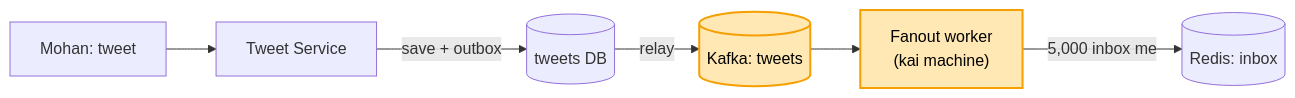
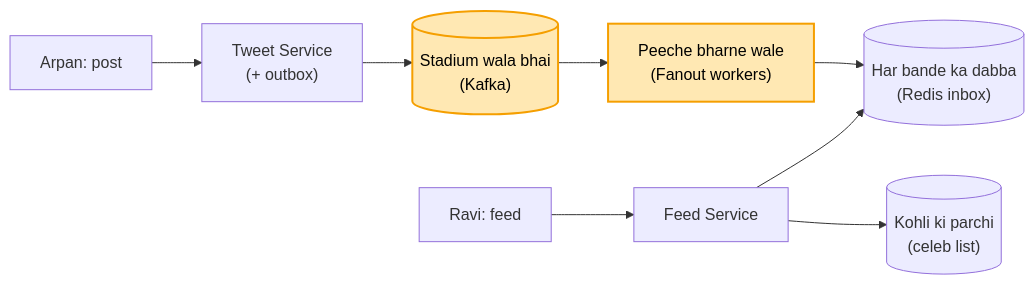
The first of 3 diagrams in 04_HLD/SYSTEM_DESIGNS/03_twitter_feed/03_twitter_feed.md (ArpanMaheshwari144/Prep), drawn with Mermaid before and after one commit. The commit also changed other lines of this file and 13 other files, not shown here.

````diff
--- a/04_HLD/SYSTEM_DESIGNS/03_twitter_feed/03_twitter_feed.md
+++ b/04_HLD/SYSTEM_DESIGNS/03_twitter_feed/03_twitter_feed.md
@@ -127,10 +57,12 @@
 ```mermaid
 flowchart LR
-    M["Mohan: tweet"] --> TS["Tweet Service"]
-    TS -- "save + outbox" --> DB[("tweets DB")]
-    DB -- "relay" --> K[("Kafka: tweets")]
-    K --> FW["Fanout worker<br/>(kai machine)"]
-    FW -- "5,000 inbox me" --> IN[("Redis: inbox")]
+    A["Arpan: post"] --> TS["Tweet Service<br/>(+ outbox)"]
+    TS --> K[("Stadium wala bhai<br/>(Kafka)")]
+    K --> FW["Peeche bharne wale<br/>(Fanout workers)"]
+    FW --> IN[("Har bande ka dabba<br/>(Redis inbox)")]
+    R["Ravi: feed"] --> FS["Feed Service"]
+    FS --> IN
+    FS --> P[("Kohli ki parchi<br/>(celeb list)")]
     style K fill:#ffe8b3,stroke:#f59f00,stroke-width:2px,color:#000
     style FW fill:#ffe8b3,stroke:#f59f00,stroke-width:2px,color:#000
 ```
````
